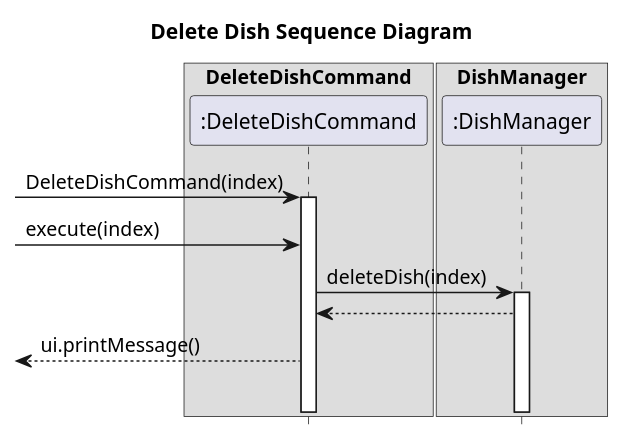
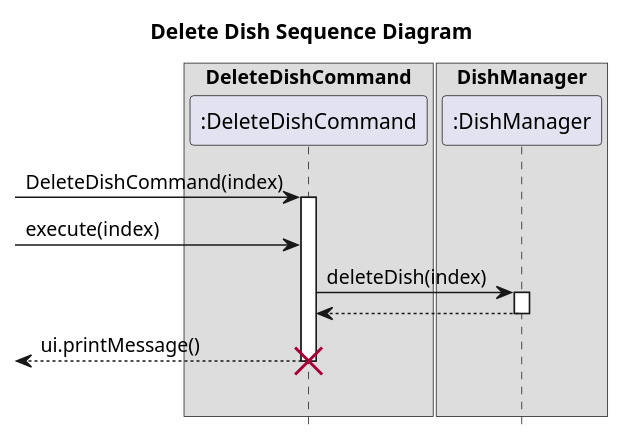
Before and after one commit to nus-cs2113-AY2223S2/tp: the diagram in docs/uml/DeleteDishCommandSequenceDiagram.puml, drawn with PlantUML. The commit also changed 9 other files, not shown here.

First line of the commit message:
Add UML dish sequence diagrams to DG

```diff
--- a/docs/uml/DeleteDishCommandSequenceDiagram.puml
+++ b/docs/uml/DeleteDishCommandSequenceDiagram.puml
@@ -1,22 +1,24 @@
 @startuml
 hide footbox
 title Delete Dish Sequence Diagram
 
 box "DeleteDishCommand"
 participant ":DeleteDishCommand" as DeleteDishCommand
 endbox
 
 box "DishManager"
 participant ":DishManager" as DishManager
 endbox
 
 
 -> DeleteDishCommand ++ : DeleteDishCommand(index)
 -> DeleteDishCommand: execute(index)
 DeleteDishCommand -> DishManager ++ : deleteDish(index)
-
 DeleteDishCommand <-- DishManager
+deactivate
 <-- DeleteDishCommand: ui.printMessage()
 
+destroy DeleteDishCommand
 |||
+
 @enduml
```
